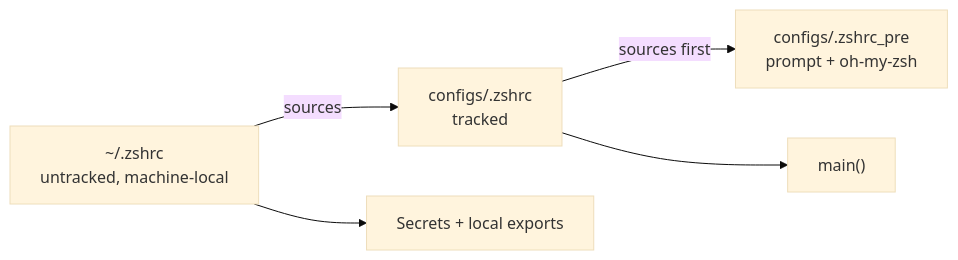
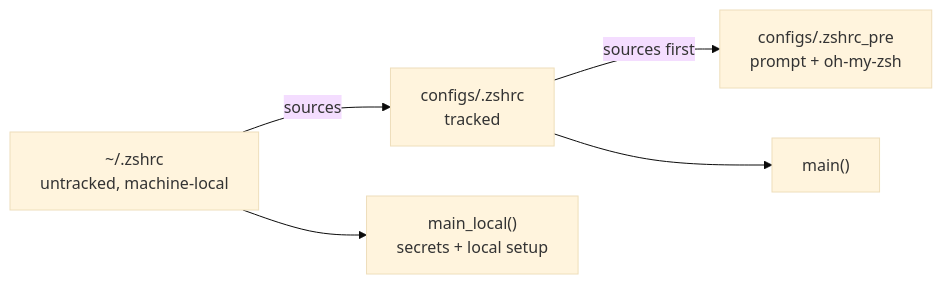
The diagram in README.md (san-siva/dotfiles), drawn with Mermaid (base theme) before and after one commit. The commit also changed other lines of this file, not shown here.

First line of the commit message:
docs(dotfiles): document setup_* function layout for local zshrc

````diff
--- a/README.md
+++ b/README.md
@@ -258,7 +258,7 @@
 ```mermaid
 graph LR
   A["~/.zshrc<br/>untracked, machine-local"] -->|sources| B["configs/.zshrc<br/>tracked"]
   B -->|sources first| C["configs/.zshrc_pre<br/>prompt + oh-my-zsh"]
   B --> D["main()"]
-  A --> E["Secrets + local exports"]
+  A --> E["main_local()<br/>secrets + local setup"]
 ```
````
